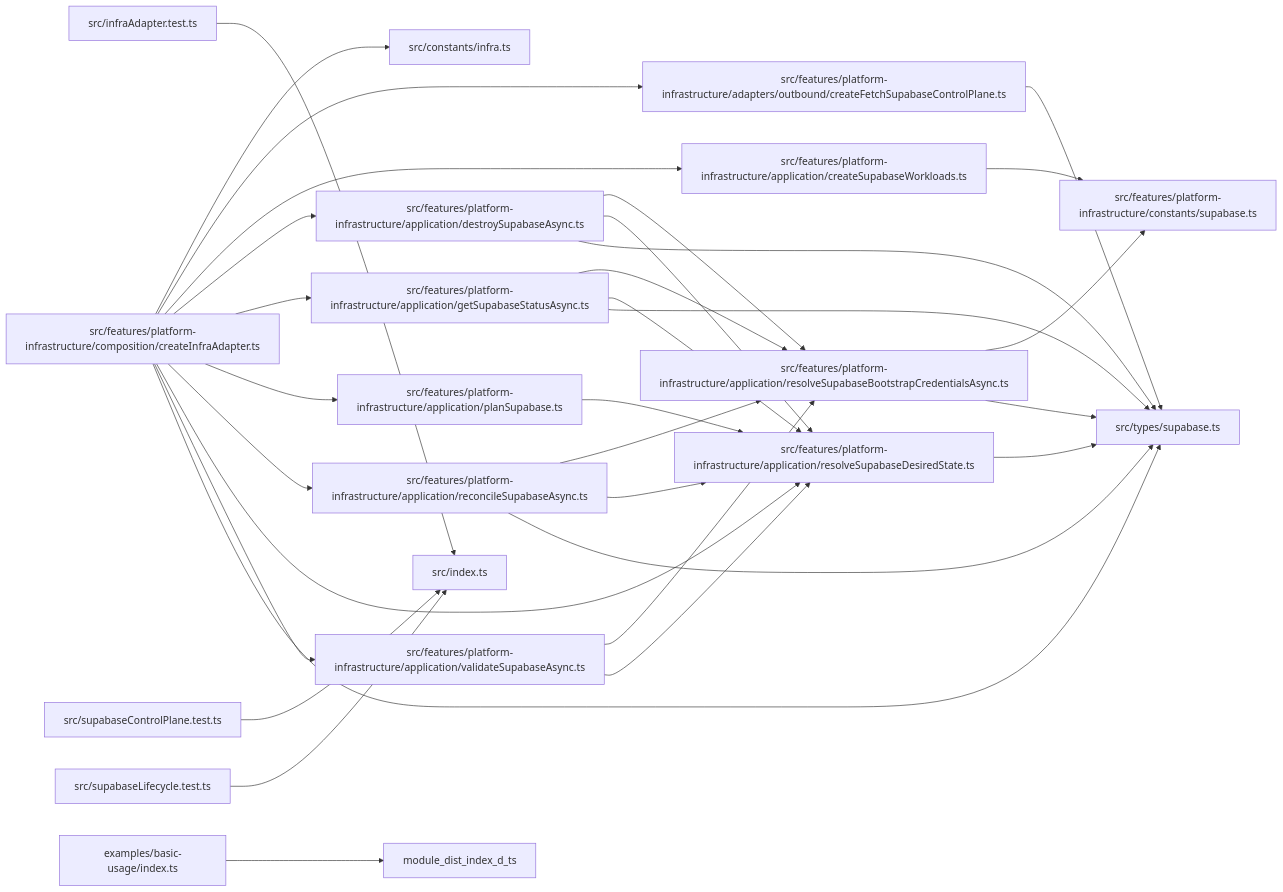
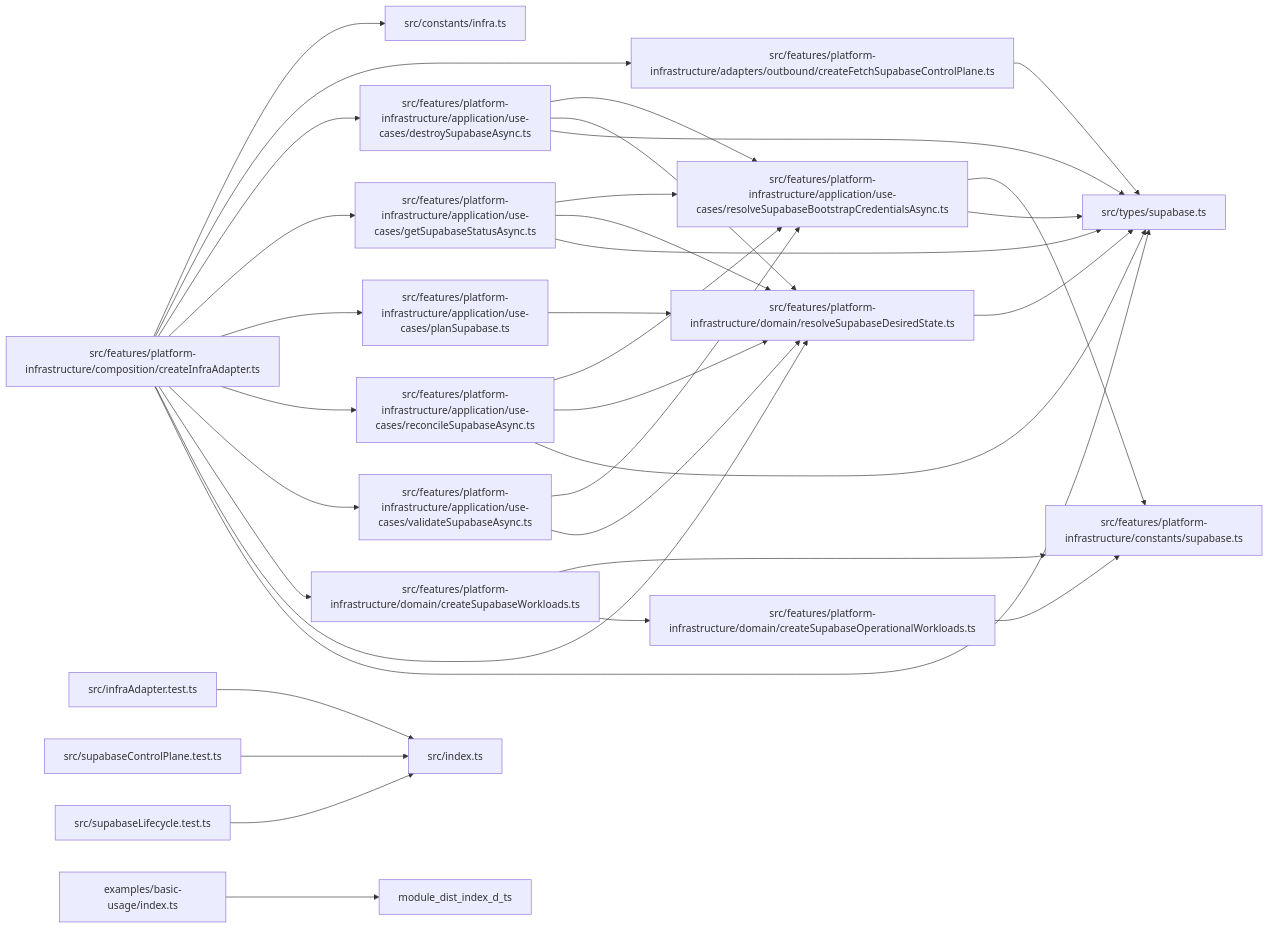
The diagram in paradox/diagrams/module-relationships.mmd (ankhorage/supabase), drawn with Mermaid before and after one commit. The commit also changed 20 other files, not shown here.

```diff
--- a/paradox/diagrams/module-relationships.mmd
+++ b/paradox/diagrams/module-relationships.mmd
@@ -1,50 +1,53 @@
 graph LR
   module_examples_basic_usage_index_ts["examples/basic-usage/index.ts"]
   module_src_constants_infra_ts["src/constants/infra.ts"]
   module_src_features_platform_infrastructure_adapters_outbound_createFetchSupabaseControlPlane_ts["src/features/platform-infrastructure/adapters/outbound/createFetchSupabaseControlPlane.ts"]
-  module_src_features_platform_infrastructure_application_createSupabaseWorkloads_ts["src/features/platform-infrastructure/application/createSupabaseWorkloads.ts"]
-  module_src_features_platform_infrastructure_application_destroySupabaseAsync_ts["src/features/platform-infrastructure/application/destroySupabaseAsync.ts"]
-  module_src_features_platform_infrastructure_application_getSupabaseStatusAsync_ts["src/features/platform-infrastructure/application/getSupabaseStatusAsync.ts"]
-  module_src_features_platform_infrastructure_application_planSupabase_ts["src/features/platform-infrastructure/application/planSupabase.ts"]
-  module_src_features_platform_infrastructure_application_reconcileSupabaseAsync_ts["src/features/platform-infrastructure/application/reconcileSupabaseAsync.ts"]
-  module_src_features_platform_infrastructure_application_resolveSupabaseBootstrapCredentialsAsync_ts["src/features/platform-infrastructure/application/resolveSupabaseBootstrapCredentialsAsync.ts"]
-  module_src_features_platform_infrastructure_application_resolveSupabaseDesiredState_ts["src/features/platform-infrastructure/application/resolveSupabaseDesiredState.ts"]
-  module_src_features_platform_infrastructure_application_validateSupabaseAsync_ts["src/features/platform-infrastructure/application/validateSupabaseAsync.ts"]
+  module_src_features_platform_infrastructure_application_use_cases_destroySupabaseAsync_ts["src/features/platform-infrastructure/application/use-cases/destroySupabaseAsync.ts"]
+  module_src_features_platform_infrastructure_application_use_cases_getSupabaseStatusAsync_ts["src/features/platform-infrastructure/application/use-cases/getSupabaseStatusAsync.ts"]
+  module_src_features_platform_infrastructure_application_use_cases_planSupabase_ts["src/features/platform-infrastructure/application/use-cases/planSupabase.ts"]
+  module_src_features_platform_infrastructure_application_use_cases_reconcileSupabaseAsync_ts["src/features/platform-infrastructure/application/use-cases/reconcileSupabaseAsync.ts"]
+  module_src_features_platform_infrastructure_application_use_cases_resolveSupabaseBootstrapCredentialsAsync_ts["src/features/platform-infrastructure/application/use-cases/resolveSupabaseBootstrapCredentialsAsync.ts"]
+  module_src_features_platform_infrastructure_application_use_cases_validateSupabaseAsync_ts["src/features/platform-infrastructure/application/use-cases/validateSupabaseAsync.ts"]
   module_src_features_platform_infrastructure_composition_createInfraAdapter_ts["src/features/platform-infrastructure/composition/createInfraAdapter.ts"]
   module_src_features_platform_infrastructure_constants_supabase_ts["src/features/platform-infrastructure/constants/supabase.ts"]
+  module_src_features_platform_infrastructure_domain_createSupabaseOperationalWorkloads_ts["src/features/platform-infrastructure/domain/createSupabaseOperationalWorkloads.ts"]
+  module_src_features_platform_infrastructure_domain_createSupabaseWorkloads_ts["src/features/platform-infrastructure/domain/createSupabaseWorkloads.ts"]
+  module_src_features_platform_infrastructure_domain_resolveSupabaseDesiredState_ts["src/features/platform-infrastructure/domain/resolveSupabaseDesiredState.ts"]
   module_src_index_ts["src/index.ts"]
   module_src_infraAdapter_test_ts["src/infraAdapter.test.ts"]
   module_src_supabaseControlPlane_test_ts["src/supabaseControlPlane.test.ts"]
   module_src_supabaseLifecycle_test_ts["src/supabaseLifecycle.test.ts"]
   module_src_types_supabase_ts["src/types/supabase.ts"]
   module_examples_basic_usage_index_ts --> module_dist_index_d_ts
   module_src_features_platform_infrastructure_adapters_outbound_createFetchSupabaseControlPlane_ts --> module_src_types_supabase_ts
-  module_src_features_platform_infrastructure_application_createSupabaseWorkloads_ts --> module_src_features_platform_infrastructure_constants_supabase_ts
-  module_src_features_platform_infrastructure_application_destroySupabaseAsync_ts --> module_src_features_platform_infrastructure_application_resolveSupabaseBootstrapCredentialsAsync_ts
-  module_src_features_platform_infrastructure_application_destroySupabaseAsync_ts --> module_src_features_platform_infrastructure_application_resolveSupabaseDesiredState_ts
-  module_src_features_platform_infrastructure_application_destroySupabaseAsync_ts --> module_src_types_supabase_ts
-  module_src_features_platform_infrastructure_application_getSupabaseStatusAsync_ts --> module_src_features_platform_infrastructure_application_resolveSupabaseBootstrapCredentialsAsync_ts
-  module_src_features_platform_infrastructure_application_getSupabaseStatusAsync_ts --> module_src_features_platform_infrastructure_application_resolveSupabaseDesiredState_ts
-  module_src_features_platform_infrastructure_application_getSupabaseStatusAsync_ts --> module_src_types_supabase_ts
-  module_src_features_platform_infrastructure_application_planSupabase_ts --> module_src_features_platform_infrastructure_application_resolveSupabaseDesiredState_ts
-  module_src_features_platform_infrastructure_application_reconcileSupabaseAsync_ts --> module_src_features_platform_infrastructure_application_resolveSupabaseBootstrapCredentialsAsync_ts
-  module_src_features_platform_infrastructure_application_reconcileSupabaseAsync_ts --> module_src_features_platform_infrastructure_application_resolveSupabaseDesiredState_ts
-  module_src_features_platform_infrastructure_application_reconcileSupabaseAsync_ts --> module_src_types_supabase_ts
-  module_src_features_platform_infrastructure_application_resolveSupabaseBootstrapCredentialsAsync_ts --> module_src_features_platform_infrastructure_constants_supabase_ts
-  module_src_features_platform_infrastructure_application_resolveSupabaseBootstrapCredentialsAsync_ts --> module_src_types_supabase_ts
-  module_src_features_platform_infrastructure_application_resolveSupabaseDesiredState_ts --> module_src_types_supabase_ts
-  module_src_features_platform_infrastructure_application_validateSupabaseAsync_ts --> module_src_features_platform_infrastructure_application_resolveSupabaseBootstrapCredentialsAsync_ts
-  module_src_features_platform_infrastructure_application_validateSupabaseAsync_ts --> module_src_features_platform_infrastructure_application_resolveSupabaseDesiredState_ts
+  module_src_features_platform_infrastructure_application_use_cases_destroySupabaseAsync_ts --> module_src_features_platform_infrastructure_application_use_cases_resolveSupabaseBootstrapCredentialsAsync_ts
+  module_src_features_platform_infrastructure_application_use_cases_destroySupabaseAsync_ts --> module_src_features_platform_infrastructure_domain_resolveSupabaseDesiredState_ts
+  module_src_features_platform_infrastructure_application_use_cases_destroySupabaseAsync_ts --> module_src_types_supabase_ts
+  module_src_features_platform_infrastructure_application_use_cases_getSupabaseStatusAsync_ts --> module_src_features_platform_infrastructure_application_use_cases_resolveSupabaseBootstrapCredentialsAsync_ts
+  module_src_features_platform_infrastructure_application_use_cases_getSupabaseStatusAsync_ts --> module_src_features_platform_infrastructure_domain_resolveSupabaseDesiredState_ts
+  module_src_features_platform_infrastructure_application_use_cases_getSupabaseStatusAsync_ts --> module_src_types_supabase_ts
+  module_src_features_platform_infrastructure_application_use_cases_planSupabase_ts --> module_src_features_platform_infrastructure_domain_resolveSupabaseDesiredState_ts
+  module_src_features_platform_infrastructure_application_use_cases_reconcileSupabaseAsync_ts --> module_src_features_platform_infrastructure_application_use_cases_resolveSupabaseBootstrapCredentialsAsync_ts
+  module_src_features_platform_infrastructure_application_use_cases_reconcileSupabaseAsync_ts --> module_src_features_platform_infrastructure_domain_resolveSupabaseDesiredState_ts
+  module_src_features_platform_infrastructure_application_use_cases_reconcileSupabaseAsync_ts --> module_src_types_supabase_ts
+  module_src_features_platform_infrastructure_application_use_cases_resolveSupabaseBootstrapCredentialsAsync_ts --> module_src_features_platform_infrastructure_constants_supabase_ts
+  module_src_features_platform_infrastructure_application_use_cases_resolveSupabaseBootstrapCredentialsAsync_ts --> module_src_types_supabase_ts
+  module_src_features_platform_infrastructure_application_use_cases_validateSupabaseAsync_ts --> module_src_features_platform_infrastructure_application_use_cases_resolveSupabaseBootstrapCredentialsAsync_ts
+  module_src_features_platform_infrastructure_application_use_cases_validateSupabaseAsync_ts --> module_src_features_platform_infrastructure_domain_resolveSupabaseDesiredState_ts
   module_src_features_platform_infrastructure_composition_createInfraAdapter_ts --> module_src_constants_infra_ts
   module_src_features_platform_infrastructure_composition_createInfraAdapter_ts --> module_src_features_platform_infrastructure_adapters_outbound_createFetchSupabaseControlPlane_ts
-  module_src_features_platform_infrastructure_composition_createInfraAdapter_ts --> module_src_features_platform_infrastructure_application_createSupabaseWorkloads_ts
-  module_src_features_platform_infrastructure_composition_createInfraAdapter_ts --> module_src_features_platform_infrastructure_application_destroySupabaseAsync_ts
-  module_src_features_platform_infrastructure_composition_createInfraAdapter_ts --> module_src_features_platform_infrastructure_application_getSupabaseStatusAsync_ts
-  module_src_features_platform_infrastructure_composition_createInfraAdapter_ts --> module_src_features_platform_infrastructure_application_planSupabase_ts
-  module_src_features_platform_infrastructure_composition_createInfraAdapter_ts --> module_src_features_platform_infrastructure_application_reconcileSupabaseAsync_ts
-  module_src_features_platform_infrastructure_composition_createInfraAdapter_ts --> module_src_features_platform_infrastructure_application_resolveSupabaseDesiredState_ts
-  module_src_features_platform_infrastructure_composition_createInfraAdapter_ts --> module_src_features_platform_infrastructure_application_validateSupabaseAsync_ts
+  module_src_features_platform_infrastructure_composition_createInfraAdapter_ts --> module_src_features_platform_infrastructure_application_use_cases_destroySupabaseAsync_ts
+  module_src_features_platform_infrastructure_composition_createInfraAdapter_ts --> module_src_features_platform_infrastructure_application_use_cases_getSupabaseStatusAsync_ts
+  module_src_features_platform_infrastructure_composition_createInfraAdapter_ts --> module_src_features_platform_infrastructure_application_use_cases_planSupabase_ts
+  module_src_features_platform_infrastructure_composition_createInfraAdapter_ts --> module_src_features_platform_infrastructure_application_use_cases_reconcileSupabaseAsync_ts
+  module_src_features_platform_infrastructure_composition_createInfraAdapter_ts --> module_src_features_platform_infrastructure_application_use_cases_validateSupabaseAsync_ts
+  module_src_features_platform_infrastructure_composition_createInfraAdapter_ts --> module_src_features_platform_infrastructure_domain_createSupabaseWorkloads_ts
+  module_src_features_platform_infrastructure_composition_createInfraAdapter_ts --> module_src_features_platform_infrastructure_domain_resolveSupabaseDesiredState_ts
   module_src_features_platform_infrastructure_composition_createInfraAdapter_ts --> module_src_types_supabase_ts
+  module_src_features_platform_infrastructure_domain_createSupabaseOperationalWorkloads_ts --> module_src_features_platform_infrastructure_constants_supabase_ts
+  module_src_features_platform_infrastructure_domain_createSupabaseWorkloads_ts --> module_src_features_platform_infrastructure_constants_supabase_ts
+  module_src_features_platform_infrastructure_domain_createSupabaseWorkloads_ts --> module_src_features_platform_infrastructure_domain_createSupabaseOperationalWorkloads_ts
+  module_src_features_platform_infrastructure_domain_resolveSupabaseDesiredState_ts --> module_src_types_supabase_ts
   module_src_infraAdapter_test_ts --> module_src_index_ts
   module_src_supabaseControlPlane_test_ts --> module_src_index_ts
   module_src_supabaseLifecycle_test_ts --> module_src_index_ts
```
